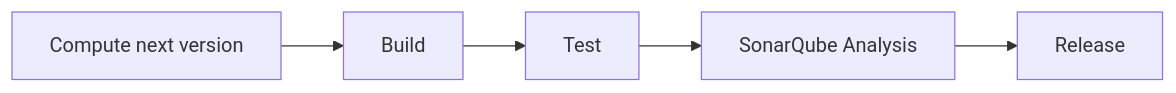
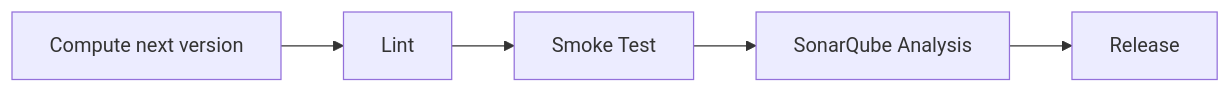
The diagram in README.md (rmrighes-sonar/sonarqube-compose), drawn with Mermaid before and after one commit. The commit also changed other lines of this file and 1 other file, not shown here.

First line of the commit message:
ci: rename build->lint and test->smoke-test for accuracy (#30)

````diff
--- a/README.md
+++ b/README.md
@@ -284,4 +284,4 @@
 ```mermaid
 flowchart LR
-    version[Compute next version] --> build[Build] --> test[Test] --> sonar[SonarQube Analysis] --> release[Release]
+    version[Compute next version] --> lint[Lint] --> smokeTest["Smoke Test"] --> sonar[SonarQube Analysis] --> release[Release]
 ```
````
